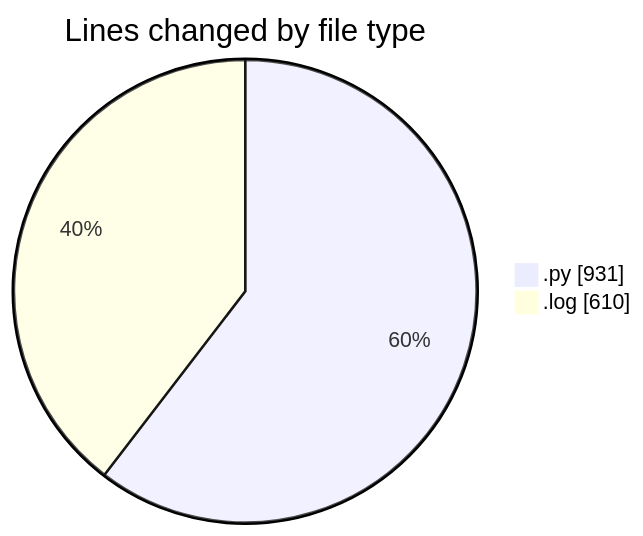
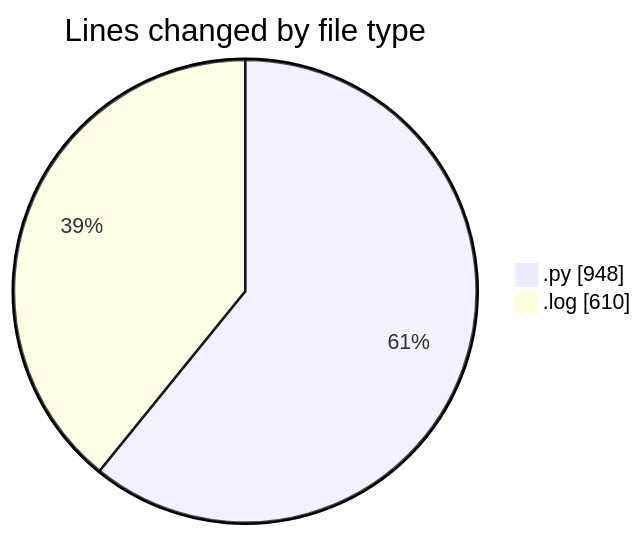
One commit to momahboobian/code-tracking changed the first of 2 diagrams in 2025-05-07/samplepdf/README.md. Above: the diagram before and after it, drawn with Mermaid. The commit also changed other lines of this file and 1 other file, not shown here.

````diff
--- a/2025-05-07/samplepdf/README.md
+++ b/2025-05-07/samplepdf/README.md
@@ -29,6 +29,6 @@
 ```mermaid
 pie showData
 title Lines changed by file type
-".py" : 931
+".py" : 948
 ".log" : 610
 ```
````
